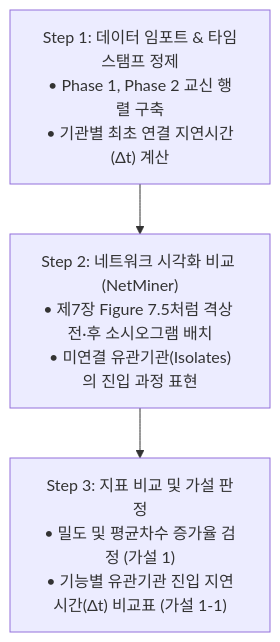
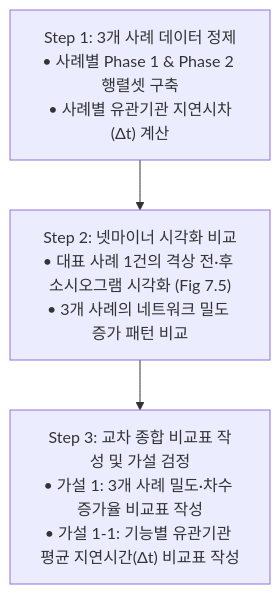
The fourth of 5 diagrams in 소방_SNA_수업_연구계획서.md (skang88/SNA), drawn with Mermaid before and after one commit. The commit also changed other lines of this file and 1 other file, not shown here.

````diff
--- a/소방_SNA_수업_연구계획서.md
+++ b/소방_SNA_수업_연구계획서.md
@@ -144,8 +157,8 @@
 ```mermaid
 flowchart TD
-    Step1["Step 1: 데이터 임포트 & 타임스탬프 정제<br/>• Phase 1, Phase 2 교신 행렬 구축<br/>• 기관별 최초 연결 지연시간(Δt) 계산"]
-    Step2["Step 2: 네트워크 시각화 비교 (NetMiner)<br/>• 제7장 Figure 7.5처럼 격상 전·후 소시오그램 배치<br/>• 미연결 유관기관(Isolates)의 진입 과정 표현"]
-    Step3["Step 3: 지표 비교 및 가설 판정<br/>• 밀도 및 평균차수 증가율 검정 (가설 1)<br/>• 기능별 유관기관 진입 지연시간(Δt) 비교표 (가설 1-1)"]
+    Step1["Step 1: 3개 사례 데이터 정제<br/>• 사례별 Phase 1 & Phase 2 행렬셋 구축<br/>• 사례별 유관기관 지연시차(Δt) 계산"]
+    Step2["Step 2: 넷마이너 시각화 비교<br/>• 대표 사례 1건의 격상 전·후 소시오그램 시각화 (Fig 7.5)<br/>• 3개 사례의 네트워크 밀도 증가 패턴 비교"]
+    Step3["Step 3: 교차 종합 비교표 작성 및 가설 검정<br/>• 가설 1: 3개 사례 밀도·차수 증가율 비교표 작성<br/>• 가설 1-1: 기능별 유관기관 평균 지연시간(Δt) 비교표 작성"]
 
     Step1 --> Step2 --> Step3
 ```
````
